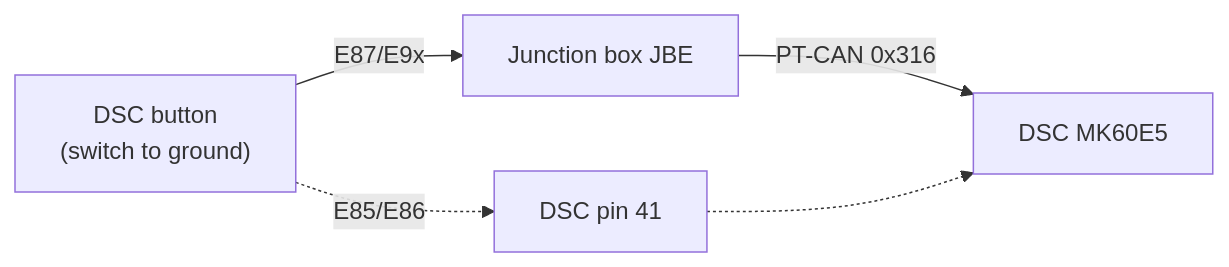
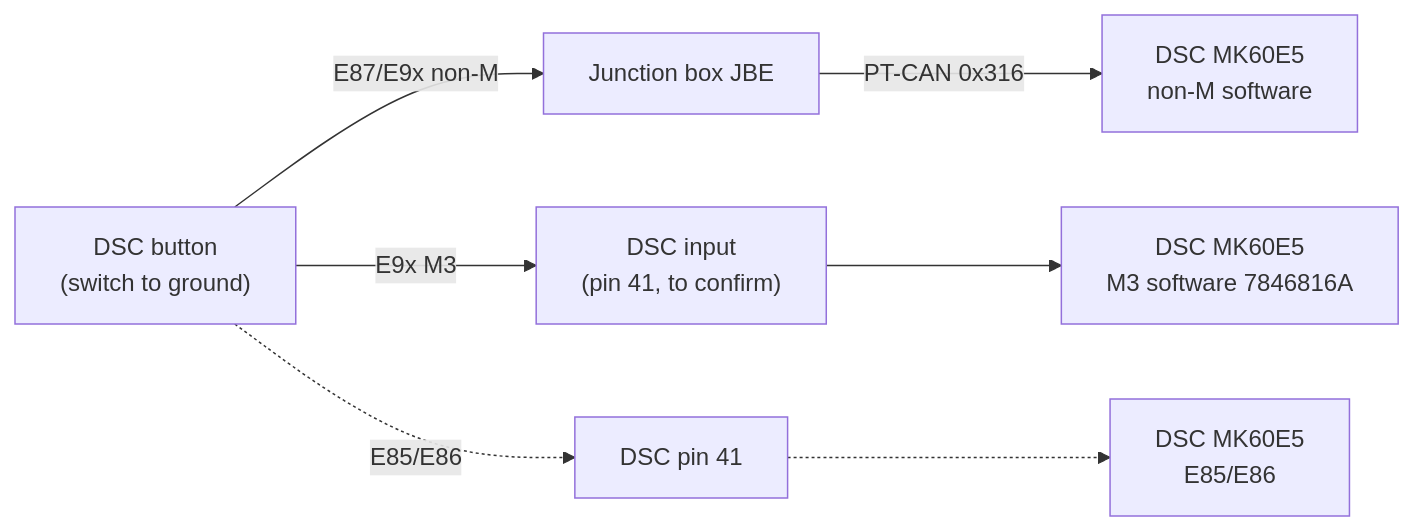
One commit to tomazcebul/MK60e5-Standalone changed the second of 2 diagrams in MK60E5-Components/DSCButton.md. Above: the diagram before and after it, drawn with Mermaid. The commit also changed other lines of this file and 3 other files, not shown here.

First line of the commit message:
DSC button: M3 software reads a wired input, non-M reads 0x316

````diff
--- a/MK60E5-Components/DSCButton.md
+++ b/MK60E5-Components/DSCButton.md
@@ -59,11 +70,16 @@
 ```mermaid
 flowchart LR
     B["DSC button<br/>(switch to ground)"]
     JBE["Junction box JBE"]
-    DSC["DSC MK60E5"]
-    P41["DSC pin 41"]
-    B -->|E87/E9x| JBE
-    JBE -->|PT-CAN 0x316| DSC
-    B -.->|E85/E86| P41
-    P41 -.-> DSC
+    DSCN["DSC MK60E5<br/>non-M software"]
+    DSCM["DSC MK60E5<br/>M3 software 7846816A"]
+    DSCZ["DSC MK60E5<br/>E85/E86"]
+    P41M["DSC input<br/>(pin 41, to confirm)"]
+    P41Z["DSC pin 41"]
+    B -->|E87/E9x non-M| JBE
+    JBE -->|PT-CAN 0x316| DSCN
+    B -->|E9x M3| P41M
+    P41M --> DSCM
+    B -.->|E85/E86| P41Z
+    P41Z -.-> DSCZ
 ```
````
